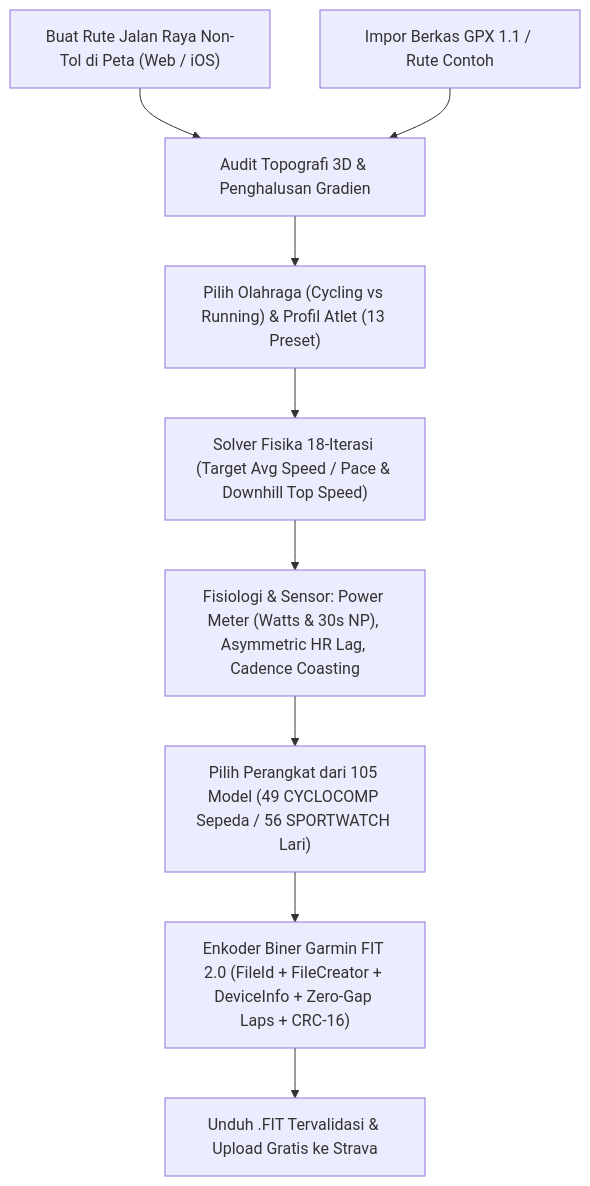
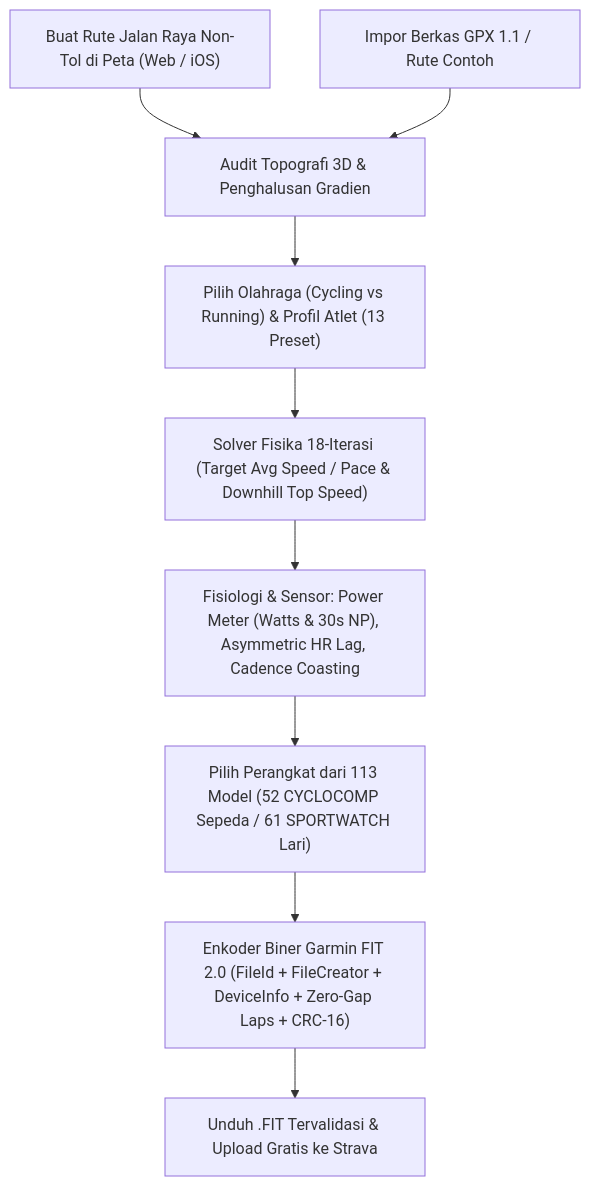
The diagram in README.md (ardianrifendy/strava-kalcer), drawn with Mermaid before and after one commit. The commit also changed other lines of this file and 4 other files, not shown here.

````diff
--- a/README.md
+++ b/README.md
@@ -153,11 +153,11 @@
 ```mermaid
 flowchart TD
     A1["Buat Rute Jalan Raya Non-Tol di Peta (Web / iOS)"] --> B["Audit Topografi 3D & Penghalusan Gradien"]
     A2["Impor Berkas GPX 1.1 / Rute Contoh"] --> B
     B --> C["Pilih Olahraga (Cycling vs Running) & Profil Atlet (13 Preset)"]
     C --> D["Solver Fisika 18-Iterasi (Target Avg Speed / Pace & Downhill Top Speed)"]
     D --> E["Fisiologi & Sensor: Power Meter (Watts & 30s NP), Asymmetric HR Lag, Cadence Coasting"]
-    E --> F["Pilih Perangkat dari 105 Model (49 CYCLOCOMP Sepeda / 56 SPORTWATCH Lari)"]
+    E --> F["Pilih Perangkat dari 113 Model (52 CYCLOCOMP Sepeda / 61 SPORTWATCH Lari)"]
     F --> G["Enkoder Biner Garmin FIT 2.0 (FileId + FileCreator + DeviceInfo + Zero-Gap Laps + CRC-16)"]
     G --> H["Unduh .FIT Tervalidasi & Upload Gratis ke Strava"]
 ```
````
